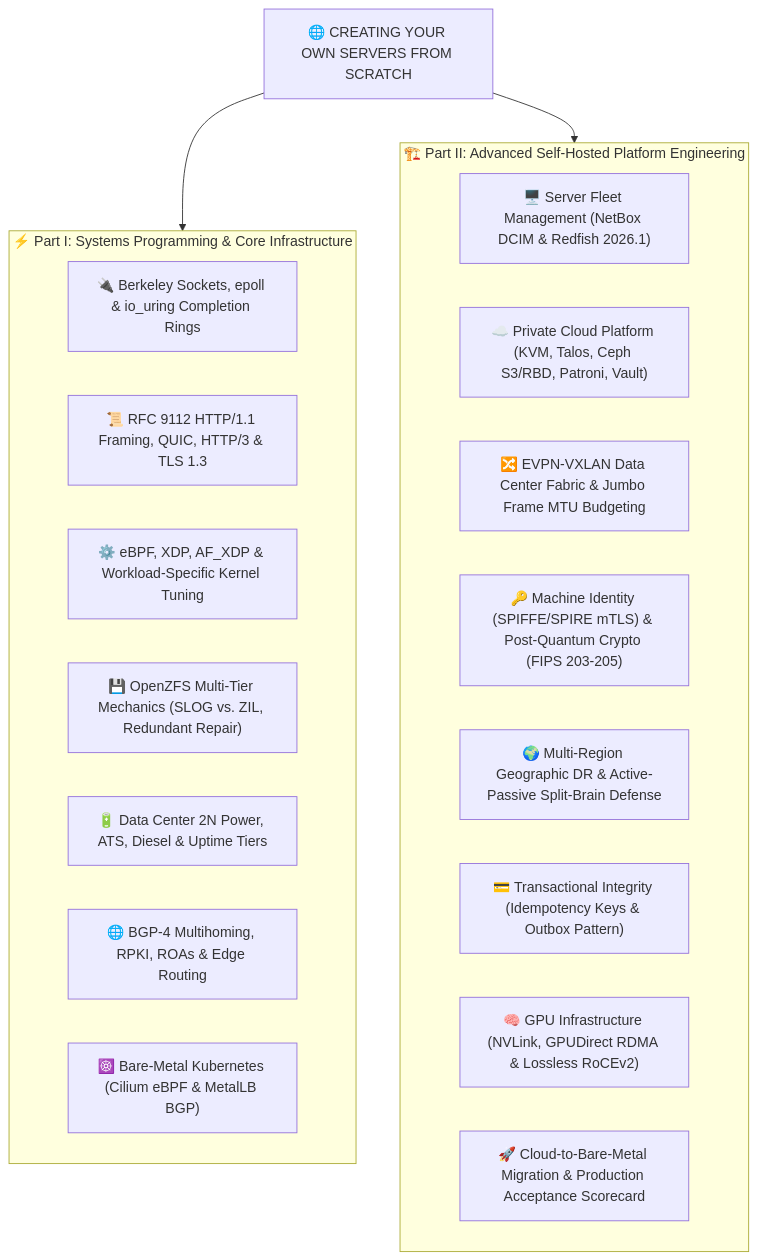
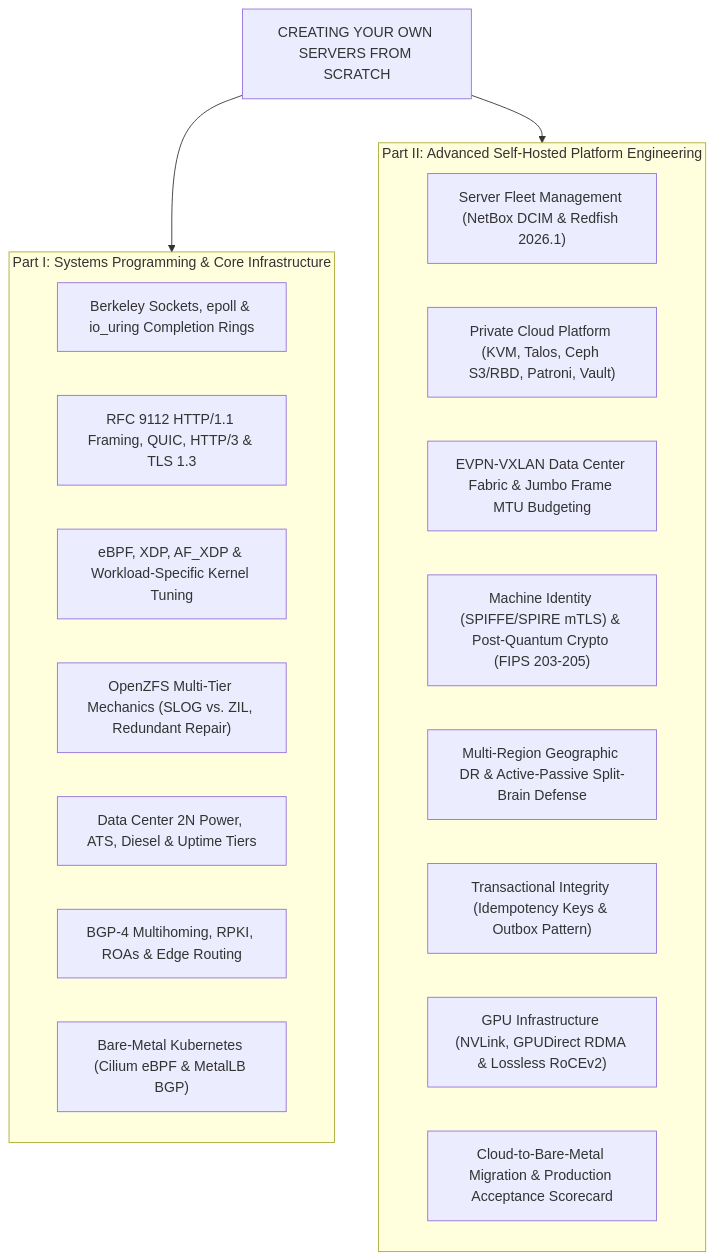
Before and after one commit to Ashutosh0x/creating-your-own-servers-from-scratch: the first of 2 diagrams in README.md, drawn with Mermaid. The commit also changed other lines of this file, not shown here.

````diff
--- a/README.md
+++ b/README.md
@@ -50,28 +50,28 @@
 ```mermaid
 flowchart TD
-    ROOT["🌐 CREATING YOUR OWN SERVERS FROM SCRATCH"]
+    ROOT["CREATING YOUR OWN SERVERS FROM SCRATCH"]
 
-    subgraph Part1["⚡ Part I: Systems Programming & Core Infrastructure"]
-        S1["🔌 Berkeley Sockets, epoll & io_uring Completion Rings"]
-        S2["📜 RFC 9112 HTTP/1.1 Framing, QUIC, HTTP/3 & TLS 1.3"]
-        S3["⚙️ eBPF, XDP, AF_XDP & Workload-Specific Kernel Tuning"]
-        S4["💾 OpenZFS Multi-Tier Mechanics (SLOG vs. ZIL, Redundant Repair)"]
-        S5["🔋 Data Center 2N Power, ATS, Diesel & Uptime Tiers"]
-        S6["🌐 BGP-4 Multihoming, RPKI, ROAs & Edge Routing"]
-        S7["☸️ Bare-Metal Kubernetes (Cilium eBPF & MetalLB BGP)"]
+    subgraph Part1["Part I: Systems Programming & Core Infrastructure"]
+        S1["Berkeley Sockets, epoll & io_uring Completion Rings"]
+        S2["RFC 9112 HTTP/1.1 Framing, QUIC, HTTP/3 & TLS 1.3"]
+        S3["eBPF, XDP, AF_XDP & Workload-Specific Kernel Tuning"]
+        S4["OpenZFS Multi-Tier Mechanics (SLOG vs. ZIL, Redundant Repair)"]
+        S5["Data Center 2N Power, ATS, Diesel & Uptime Tiers"]
+        S6["BGP-4 Multihoming, RPKI, ROAs & Edge Routing"]
+        S7["Bare-Metal Kubernetes (Cilium eBPF & MetalLB BGP)"]
     end
 
-    subgraph Part2["🏗️ Part II: Advanced Self-Hosted Platform Engineering"]
-        P1["🖥️ Server Fleet Management (NetBox DCIM & Redfish 2026.1)"]
-        P2["☁️ Private Cloud Platform (KVM, Talos, Ceph S3/RBD, Patroni, Vault)"]
-        P3["🔀 EVPN-VXLAN Data Center Fabric & Jumbo Frame MTU Budgeting"]
-        P4["🔑 Machine Identity (SPIFFE/SPIRE mTLS) & Post-Quantum Crypto (FIPS 203-205)"]
-        P5["🌍 Multi-Region Geographic DR & Active-Passive Split-Brain Defense"]
-        P6["💳 Transactional Integrity (Idempotency Keys & Outbox Pattern)"]
-        P7["🧠 GPU Infrastructure (NVLink, GPUDirect RDMA & Lossless RoCEv2)"]
-        P8["🚀 Cloud-to-Bare-Metal Migration & Production Acceptance Scorecard"]
+    subgraph Part2["Part II: Advanced Self-Hosted Platform Engineering"]
+        P1["Server Fleet Management (NetBox DCIM & Redfish 2026.1)"]
+        P2["Private Cloud Platform (KVM, Talos, Ceph S3/RBD, Patroni, Vault)"]
+        P3["EVPN-VXLAN Data Center Fabric & Jumbo Frame MTU Budgeting"]
+        P4["Machine Identity (SPIFFE/SPIRE mTLS) & Post-Quantum Crypto (FIPS 203-205)"]
+        P5["Multi-Region Geographic DR & Active-Passive Split-Brain Defense"]
+        P6["Transactional Integrity (Idempotency Keys & Outbox Pattern)"]
+        P7["GPU Infrastructure (NVLink, GPUDirect RDMA & Lossless RoCEv2)"]
+        P8["Cloud-to-Bare-Metal Migration & Production Acceptance Scorecard"]
     end
 
     ROOT --> Part1
     ROOT --> Part2
 ```
````
